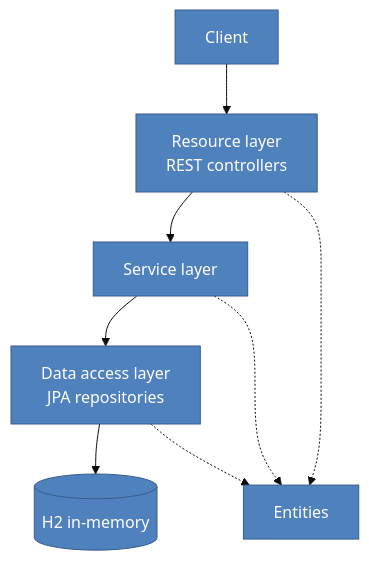
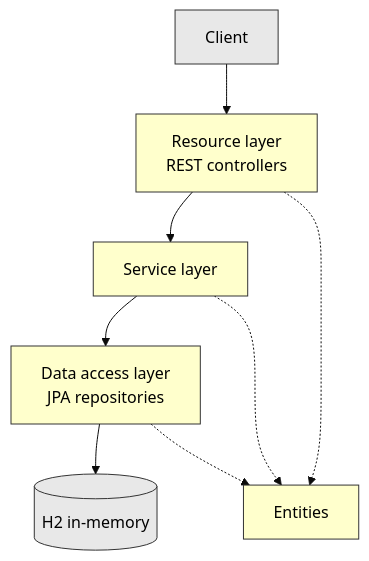
One commit to nathan00pdl/spring-boot-sales-order-api changed the diagram in docs/architecture.mmd. Above: the diagram before and after it, drawn with Mermaid (base theme). The commit also changed 4 other files, not shown here.

Commit message:
docs: bring the diagrams to the shared palette and scale

```diff
--- a/docs/architecture.mmd
+++ b/docs/architecture.mmd
@@ -1,15 +1,15 @@
 flowchart TD
     Client[Client] --> R["Resource layer<br/>REST controllers"]
     R --> S[Service layer]
     S --> D["Data access layer<br/>JPA repositories"]
     D --> DB[("H2 in-memory")]
     R -.-> E[Entities]
     S -.-> E
     D -.-> E
 
-    style Client fill:#4F81BD,stroke:#385D8A,color:#FFFFFF
-    style R fill:#4F81BD,stroke:#385D8A,color:#FFFFFF
-    style S fill:#4F81BD,stroke:#385D8A,color:#FFFFFF
-    style D fill:#4F81BD,stroke:#385D8A,color:#FFFFFF
-    style E fill:#4F81BD,stroke:#385D8A,color:#FFFFFF
-    style DB fill:#4F81BD,stroke:#385D8A,color:#FFFFFF
+    style Client fill:#E8E8E8,stroke:#333333,color:#000000
+    style R fill:#FFFFCC,stroke:#333333,color:#000000
+    style S fill:#FFFFCC,stroke:#333333,color:#000000
+    style D fill:#FFFFCC,stroke:#333333,color:#000000
+    style E fill:#FFFFCC,stroke:#333333,color:#000000
+    style DB fill:#E8E8E8,stroke:#333333,color:#000000
```
